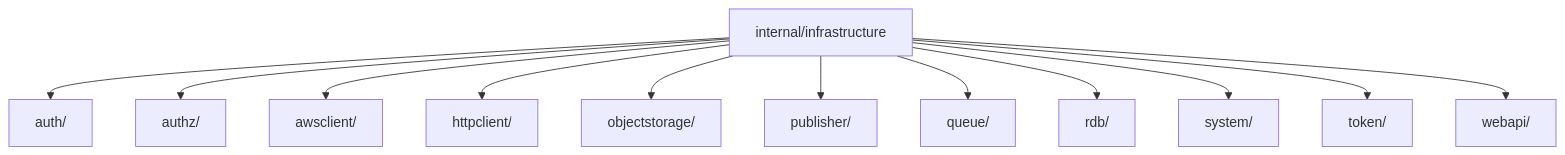
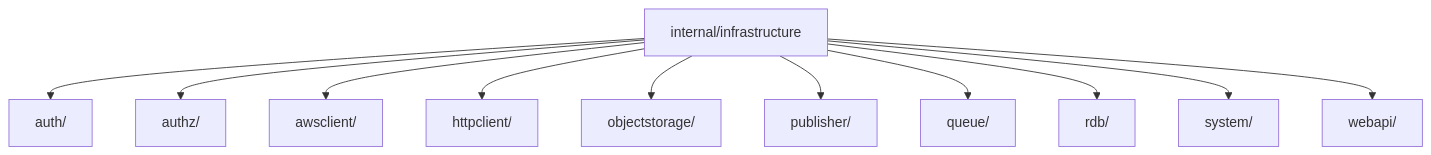
One commit to Tomy-ch/go-boilerplate changed the fourth of 5 diagrams in internal/infrastructure/README.ja.md. Above: the diagram before and after it, drawn with Mermaid. The commit also changed other lines of this file and 895 other files, not shown here.

````diff
--- a/internal/infrastructure/README.ja.md
+++ b/internal/infrastructure/README.ja.md
@@ -125,31 +125,25 @@
 ```mermaid
 flowchart TB
     Root["internal/infrastructure"]
     Auth["auth/"]
     Authz["authz/"]
     AwsClient["awsclient/"]
     HTTP["httpclient/"]
     ObjStorage["objectstorage/"]
     Pub["publisher/"]
     Queue["queue/"]
     RDB["rdb/"]
     Sys["system/"]
-    %% sample-api:begin
-    Token["token/"]
-    %% sample-api:end
     Web["webapi/"]
 
     Root --> Auth
     Root --> Authz
     Root --> AwsClient
     Root --> HTTP
     Root --> ObjStorage
     Root --> Pub
     Root --> Queue
     Root --> RDB
     Root --> Sys
-    %% sample-api:begin
-    Root --> Token
-    %% sample-api:end
     Root --> Web
 ```
````
